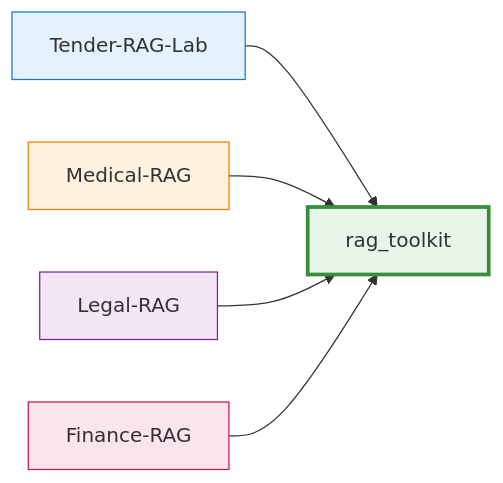
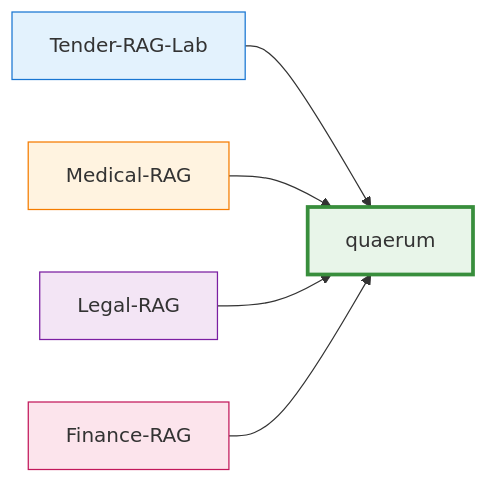
The diagram in docs/architecture/rag-toolkit.md (gmottola00/Tender-RAG-Lab), drawn with Mermaid before and after one commit. The commit also changed other lines of this file and 18 other files, not shown here.

````diff
--- a/docs/architecture/rag-toolkit.md
+++ b/docs/architecture/rag-toolkit.md
@@ -14,13 +14,13 @@
 ```mermaid
 graph LR
-    A[Tender-RAG-Lab] --> B[rag_toolkit]
+    A[Tender-RAG-Lab] --> B[quaerum]
     C[Medical-RAG] --> B
     D[Legal-RAG] --> B
     E[Finance-RAG] --> B
     
     style B fill:#e8f5e9,stroke:#388e3c,stroke-width:3px
     style A fill:#e3f2fd,stroke:#1976d2
     style C fill:#fff3e0,stroke:#f57c00
     style D fill:#f3e5f5,stroke:#7b1fa2
     style E fill:#fce4ec,stroke:#c2185b
 ```
````
